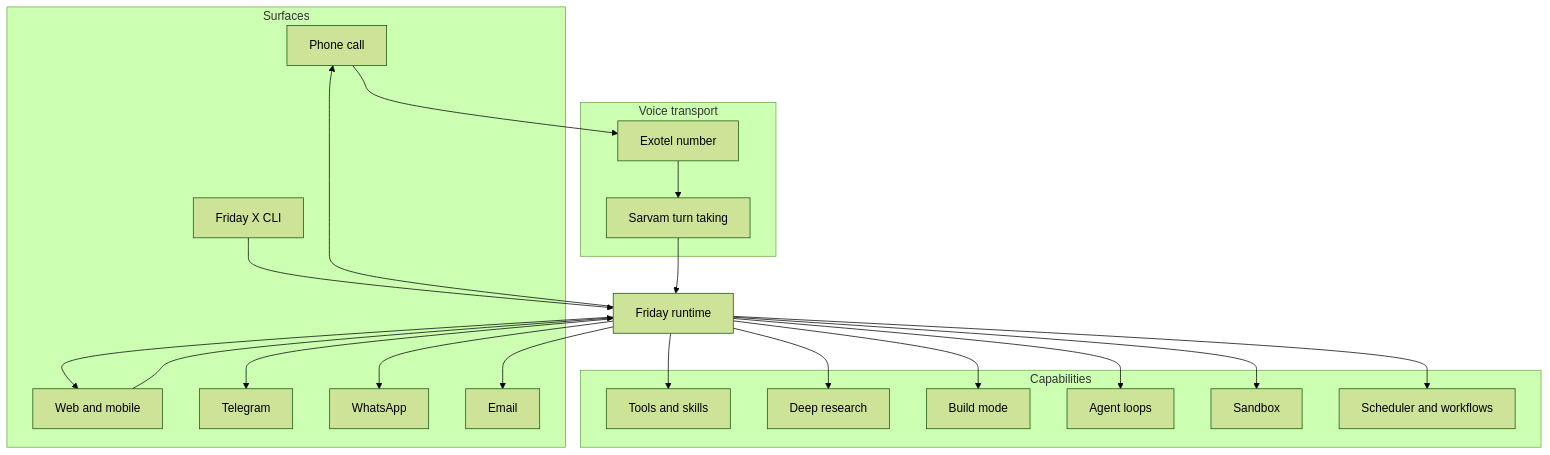
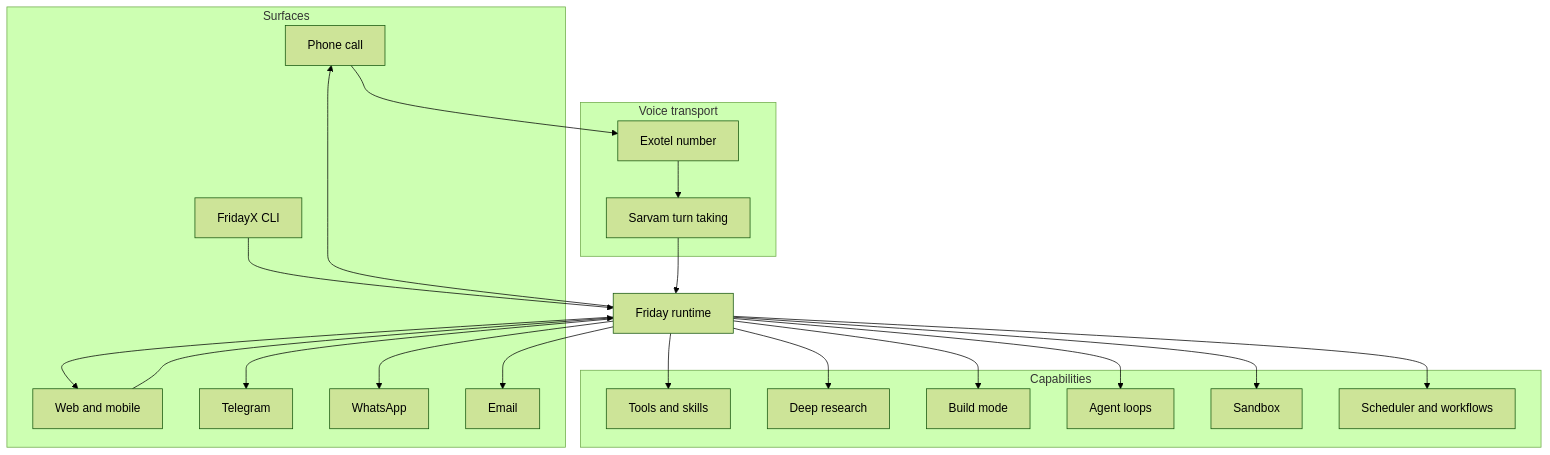
One commit to billionairestechnologies/Friday-ai changed the diagram in friday-line/diagrams/01-phone-session.mmd. Above: the diagram before and after it, drawn with Mermaid (forest theme). The commit also changed 418 other files, not shown here.

```diff
--- a/friday-line/diagrams/01-phone-session.mmd
+++ b/friday-line/diagrams/01-phone-session.mmd
@@ -1,41 +1,41 @@
 flowchart TB
   subgraph surfaces [Surfaces]
     Phone[Phone call]
     App[Web and mobile]
-    CLI[Friday X CLI]
+    CLI[FridayX CLI]
     Tg[Telegram]
     Wa[WhatsApp]
     Mail[Email]
   end
 
   subgraph voice [Voice transport]
     Exotel[Exotel number]
     Sarvam[Sarvam turn taking]
   end
 
   Runtime[Friday runtime]
   Phone --> Exotel --> Sarvam --> Runtime
   App --> Runtime
   CLI --> Runtime
 
   subgraph caps [Capabilities]
     Tools[Tools and skills]
     Research[Deep research]
     Build[Build mode]
     Agents[Agent loops]
     Sandbox[Sandbox]
     Flows[Scheduler and workflows]
   end
 
   Runtime --> Tools
   Runtime --> Research
   Runtime --> Build
   Runtime --> Agents
   Runtime --> Sandbox
   Runtime --> Flows
 
   Runtime --> App
   Runtime --> Tg
   Runtime --> Wa
   Runtime --> Mail
   Runtime --> Phone
```
